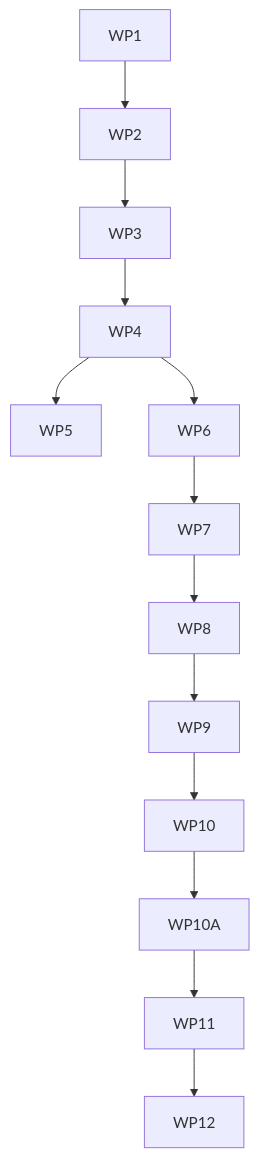
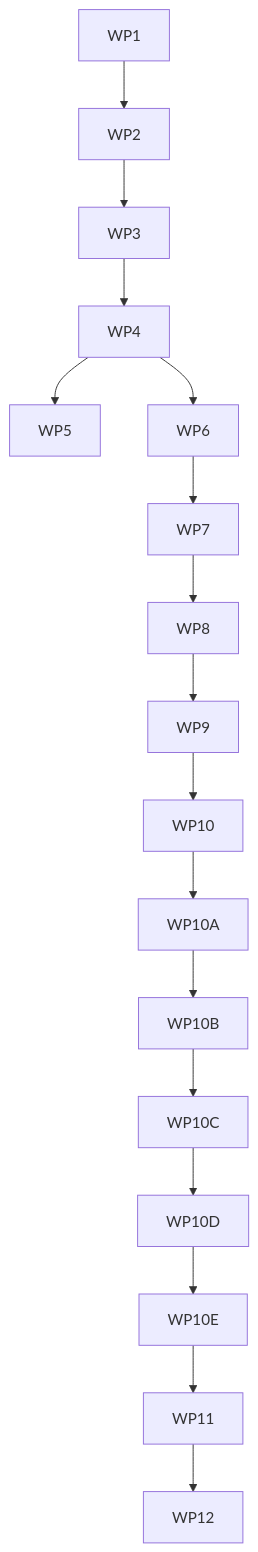
Before and after one commit to saschb2b/okf-studio: the second of 2 diagrams in docs/product/studio-roadmap.md, drawn with Mermaid. The commit also changed other lines of this file and 2 other files, not shown here.

Commit message:
docs(roadmap): add agent workspace control packages

````diff
--- a/docs/product/studio-roadmap.md
+++ b/docs/product/studio-roadmap.md
@@ -283,6 +339,6 @@
 ```mermaid
 flowchart TD
   WP1 --> WP2 --> WP3 --> WP4
   WP4 --> WP5
-  WP4 --> WP6 --> WP7 --> WP8 --> WP9 --> WP10 --> WP10A --> WP11 --> WP12
+  WP4 --> WP6 --> WP7 --> WP8 --> WP9 --> WP10 --> WP10A --> WP10B --> WP10C --> WP10D --> WP10E --> WP11 --> WP12
 ```
````
